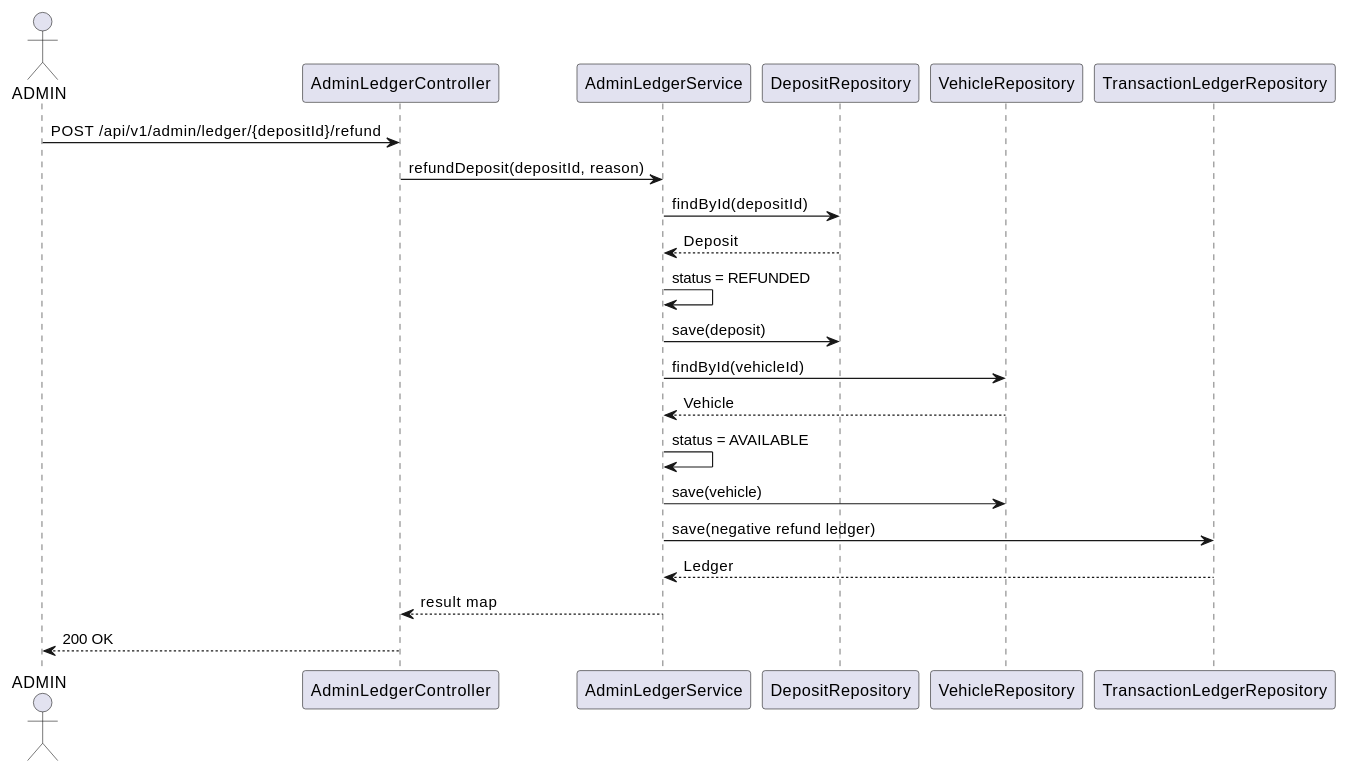
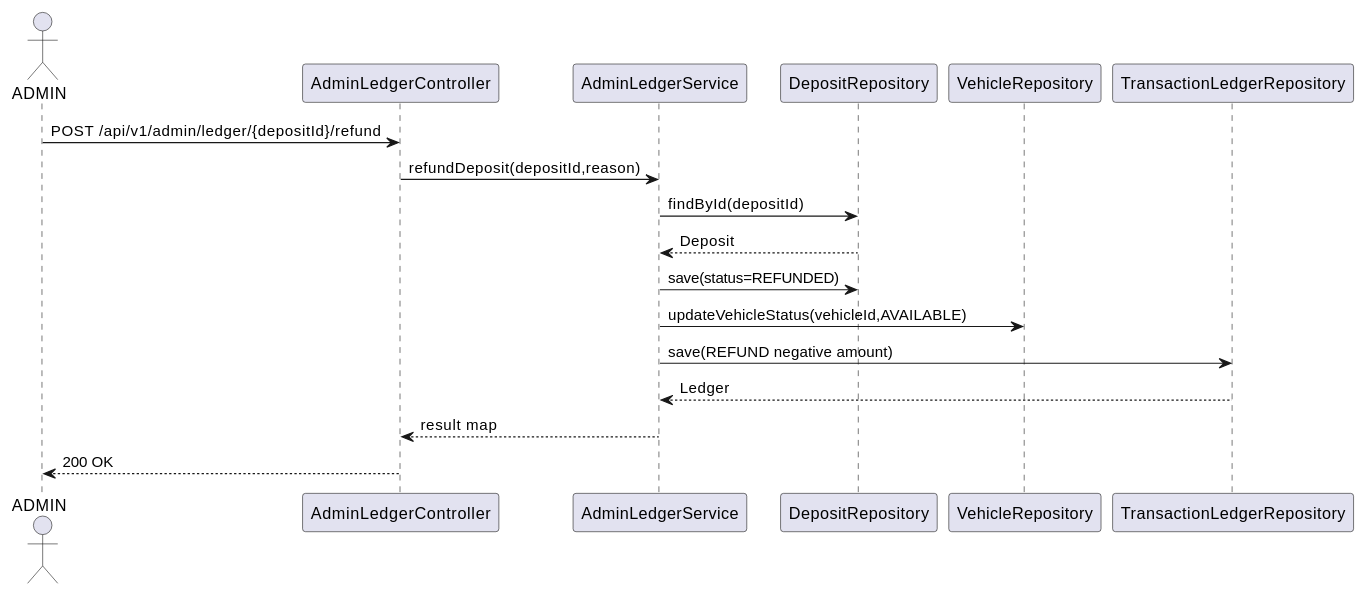
Before and after one commit to Trung-Khang/AutoTrade: the eighth of 9 diagrams in docs/UML/Sequence_Diagrams.md, drawn with PlantUML. The commit also changed other lines of this file and 9 other files, not shown here.

Commit message:
docs(TV5): cập nhật tài liệu UML, CSDL, SRS và báo cáo tiến độ TV5 - Sáng 1/10/2026

````diff
--- a/docs/UML/Sequence_Diagrams.md
+++ b/docs/UML/Sequence_Diagrams.md
@@ -187,25 +228,21 @@
 ```plantuml
 @startuml
 actor ADMIN
 participant "AdminLedgerController" as C
 participant "AdminLedgerService" as S
 participant "DepositRepository" as DR
 participant "VehicleRepository" as VR
 participant "TransactionLedgerRepository" as LR
 
 ADMIN -> C: POST /api/v1/admin/ledger/{depositId}/refund
-C -> S: refundDeposit(depositId, reason)
+C -> S: refundDeposit(depositId,reason)
 S -> DR: findById(depositId)
 DR --> S: Deposit
-S -> S: status = REFUNDED
-S -> DR: save(deposit)
-S -> VR: findById(vehicleId)
-VR --> S: Vehicle
-S -> S: status = AVAILABLE
-S -> VR: save(vehicle)
-S -> LR: save(negative refund ledger)
+S -> DR: save(status=REFUNDED)
+S -> VR: updateVehicleStatus(vehicleId,AVAILABLE)
+S -> LR: save(REFUND negative amount)
 LR --> S: Ledger
 S --> C: result map
 C --> ADMIN: 200 OK
 @enduml
 ```
````
